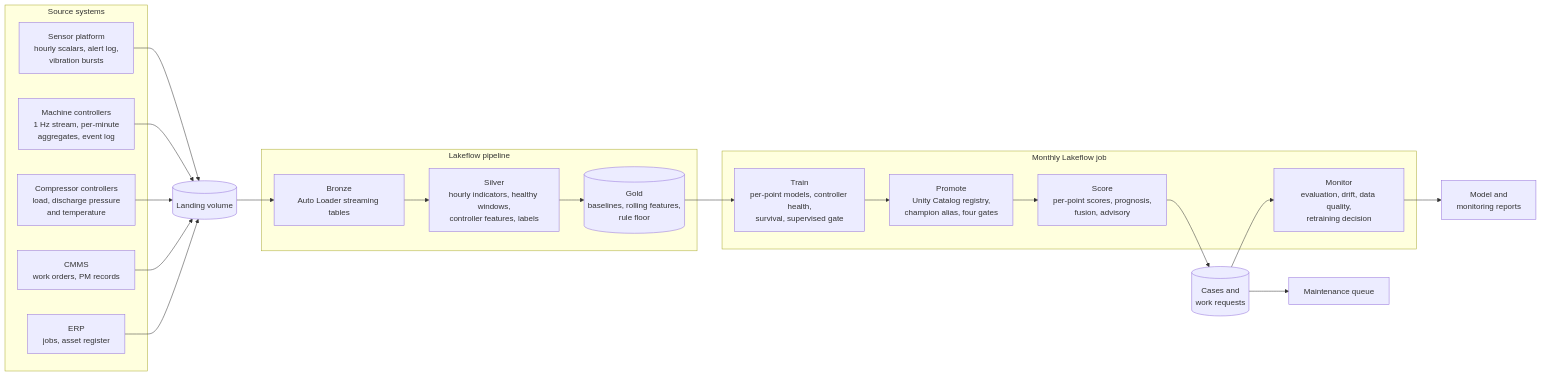
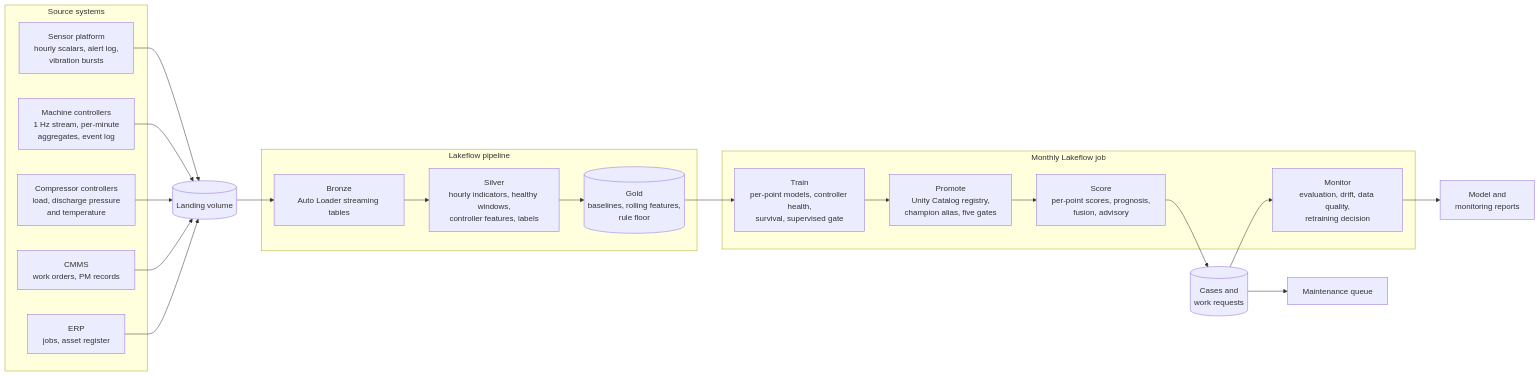
The diagram in README.md (bmdvs/predictive-maintenance-ml), drawn with Mermaid before and after one commit. The commit also changed other lines of this file, not shown here.

````diff
--- a/README.md
+++ b/README.md
@@ -91,33 +94,33 @@
 ```mermaid
 flowchart LR
   subgraph SRC["Source systems"]
     SP["Sensor platform<br/>hourly scalars, alert log,<br/>vibration bursts"]
     CNC["Machine controllers<br/>1 Hz stream, per-minute<br/>aggregates, event log"]
     CMPC["Compressor controllers<br/>load, discharge pressure<br/>and temperature"]
     CMMS["CMMS<br/>work orders, PM records"]
     ERP["ERP<br/>jobs, asset register"]
   end
   subgraph PIPE["Lakeflow pipeline"]
     BRZ["Bronze<br/>Auto Loader streaming tables"]
     SLV["Silver<br/>hourly indicators, healthy windows,<br/>controller features, labels"]
     GLD[("Gold<br/>baselines, rolling features,<br/>rule floor")]
   end
   subgraph JOB["Monthly Lakeflow job"]
     TRAIN["Train<br/>per-point models, controller health,<br/>survival, supervised gate"]
-    PROM["Promote<br/>Unity Catalog registry,<br/>champion alias, four gates"]
+    PROM["Promote<br/>Unity Catalog registry,<br/>champion alias, five gates"]
     SCORE["Score<br/>per-point scores, prognosis,<br/>fusion, advisory"]
     MON["Monitor<br/>evaluation, drift, data quality,<br/>retraining decision"]
   end
   SP --> LAND
   CNC --> LAND
   CMPC --> LAND
   CMMS --> LAND
   ERP --> LAND
   LAND[("Landing volume")] --> BRZ
   BRZ --> SLV --> GLD
   GLD --> TRAIN --> PROM --> SCORE
   SCORE --> CASES[("Cases and<br/>work requests")]
   CASES --> MON
   CASES --> QUEUE["Maintenance queue"]
   MON --> REP["Model and<br/>monitoring reports"]
 ```
````
